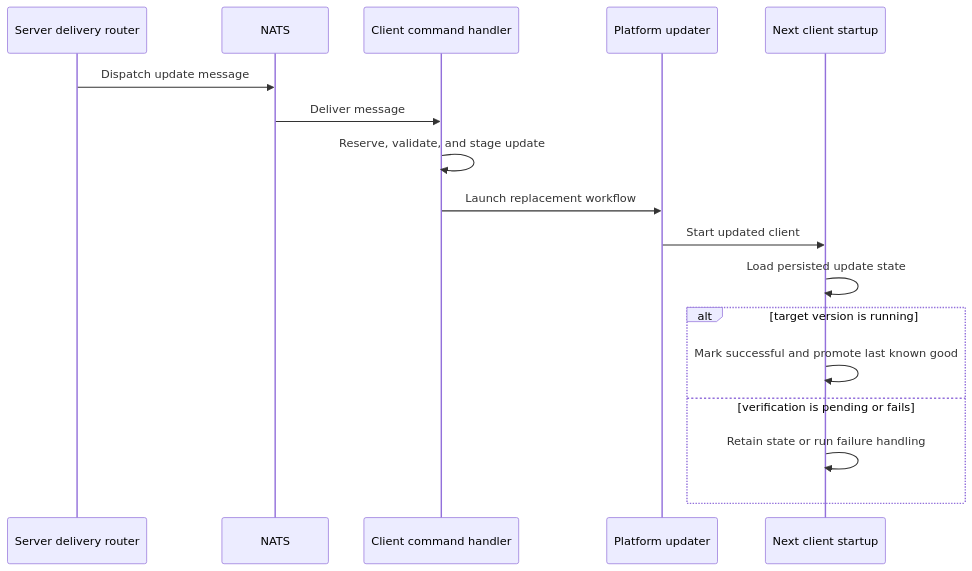
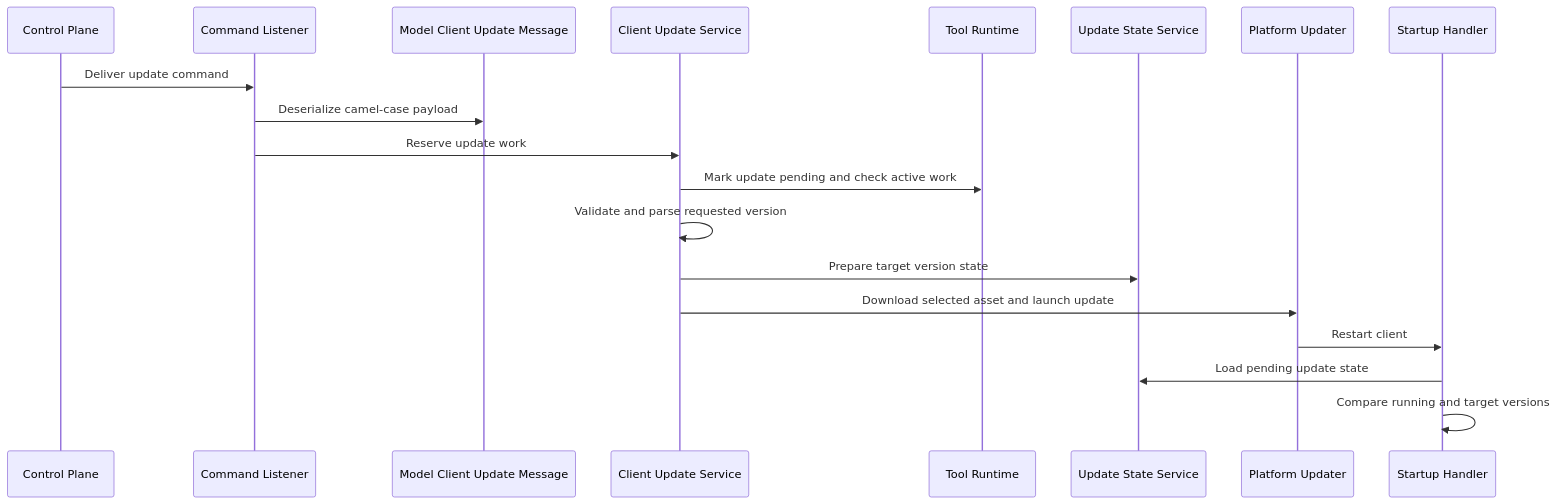
Before and after one commit to flamingo-stack/openframe-oss-tenant: the second of 3 diagrams in docs/reference/architecture/openframe-client-core/model-client-update-message/model-client-update-message.md, drawn with Mermaid. The commit also changed other lines of this file and 2377 other files, not shown here.

````diff
--- a/docs/reference/architecture/openframe-client-core/model-client-update-message/model-client-update-message.md
+++ b/docs/reference/architecture/openframe-client-core/model-client-update-message/model-client-update-message.md
@@ -152,19 +66,22 @@
 ```mermaid
 sequenceDiagram
-    participant Server as Server delivery router
-    participant Broker as NATS
-    participant Client as Client command handler
-    participant Updater as Platform updater
-    participant Startup as Next client startup
-    Server->>Broker: Dispatch update message
-    Broker->>Client: Deliver message
-    Client->>Client: Reserve, validate, and stage update
-    Client->>Updater: Launch replacement workflow
-    Updater->>Startup: Start updated client
-    Startup->>Startup: Load persisted update state
-    alt target version is running
-        Startup->>Startup: Mark successful and promote last known good
-    else verification is pending or fails
-        Startup->>Startup: Retain state or run failure handling
-    end
+    participant Control as Control Plane
+    participant Listener as Command Listener
+    participant Model as Model Client Update Message
+    participant Service as Client Update Service
+    participant Tools as Tool Runtime
+    participant State as Update State Service
+    participant Updater as Platform Updater
+    participant Startup as Startup Handler
+
+    Control->>Listener: Deliver update command
+    Listener->>Model: Deserialize camel-case payload
+    Listener->>Service: Reserve update work
+    Service->>Tools: Mark update pending and check active work
+    Service->>Service: Validate and parse requested version
+    Service->>State: Prepare target version state
+    Service->>Updater: Download selected asset and launch update
+    Updater->>Startup: Restart client
+    Startup->>State: Load pending update state
+    Startup->>Startup: Compare running and target versions
 ```
````
